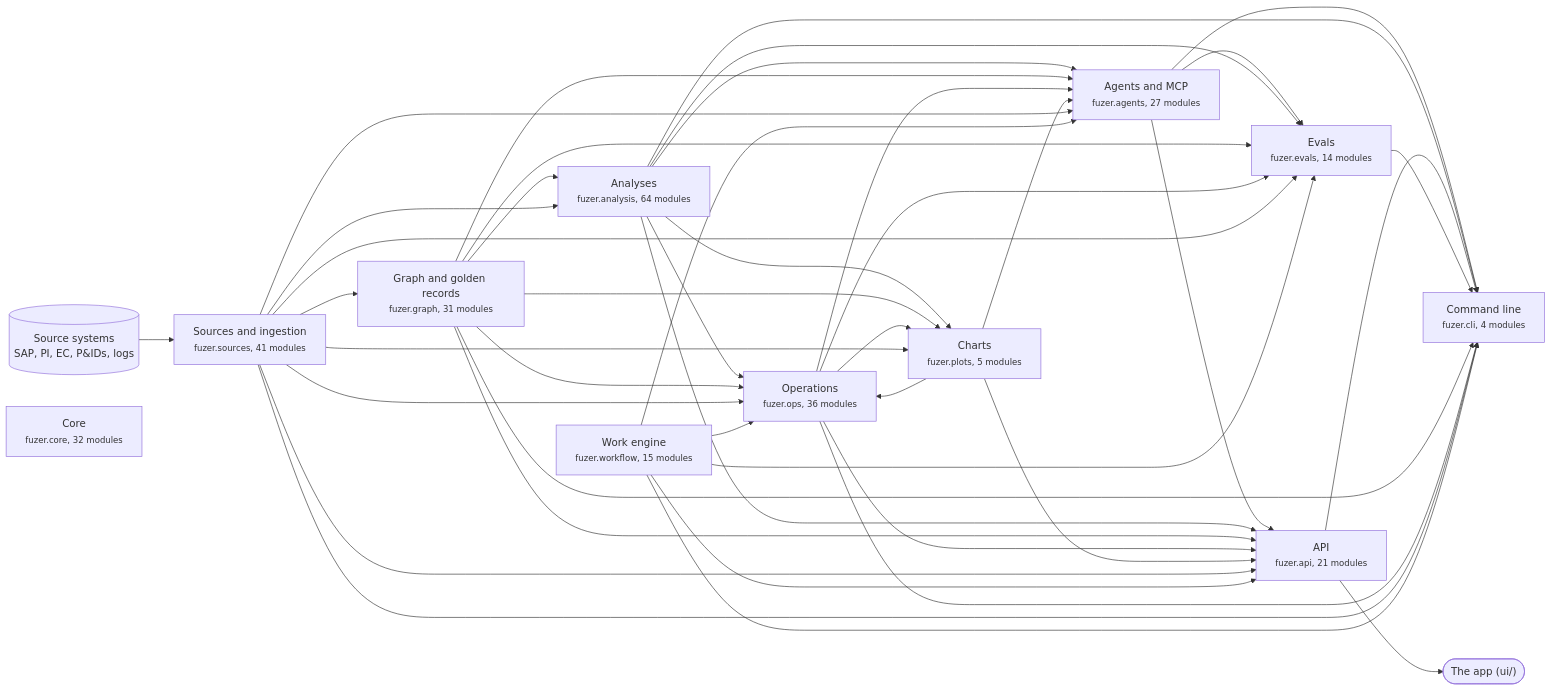
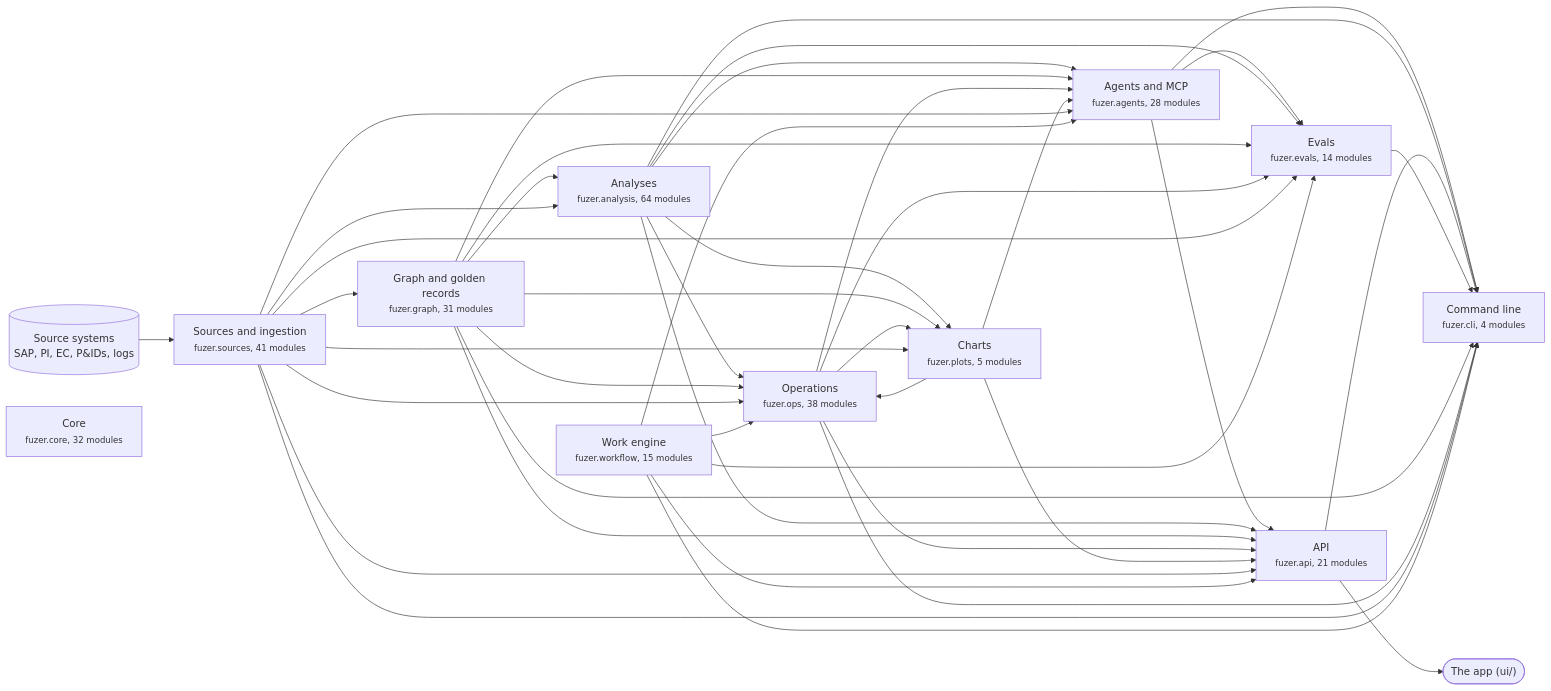
The first of 3 diagrams in docs/architecture.md (areed145/fuzer), drawn with Mermaid before and after one commit. The commit also changed other lines of this file and 28 other files, not shown here.

````diff
--- a/docs/architecture.md
+++ b/docs/architecture.md
@@ -8,67 +8,67 @@
 ```mermaid
 flowchart LR
   systems[("Source systems<br>SAP, PI, EC, P&IDs, logs")] --> c_sources
   app(["The app (ui/)"])
   c_api --> app
   c_sources["Sources and ingestion<br><small>fuzer.sources, 41 modules</small>"]
   c_graph["Graph and golden records<br><small>fuzer.graph, 31 modules</small>"]
   c_analysis["Analyses<br><small>fuzer.analysis, 64 modules</small>"]
-  c_ops["Operations<br><small>fuzer.ops, 36 modules</small>"]
+  c_ops["Operations<br><small>fuzer.ops, 38 modules</small>"]
   c_plots["Charts<br><small>fuzer.plots, 5 modules</small>"]
   c_workflow["Work engine<br><small>fuzer.workflow, 15 modules</small>"]
-  c_agents["Agents and MCP<br><small>fuzer.agents, 27 modules</small>"]
+  c_agents["Agents and MCP<br><small>fuzer.agents, 28 modules</small>"]
   c_evals["Evals<br><small>fuzer.evals, 14 modules</small>"]
   c_api["API<br><small>fuzer.api, 21 modules</small>"]
   c_cli["Command line<br><small>fuzer.cli, 4 modules</small>"]
   c_core["Core<br><small>fuzer.core, 32 modules</small>"]
   c_sources --> c_graph
   c_graph --> c_analysis
   c_sources --> c_analysis
   c_analysis --> c_ops
   c_graph --> c_ops
   c_plots --> c_ops
   c_sources --> c_ops
   c_workflow --> c_ops
   c_analysis --> c_plots
   c_graph --> c_plots
   c_ops --> c_plots
   c_sources --> c_plots
   c_analysis --> c_agents
   c_graph --> c_agents
   c_ops --> c_agents
   c_plots --> c_agents
   c_sources --> c_agents
   c_workflow --> c_agents
   c_agents --> c_evals
   c_analysis --> c_evals
   c_graph --> c_evals
   c_ops --> c_evals
   c_sources --> c_evals
   c_workflow --> c_evals
   c_agents --> c_api
   c_analysis --> c_api
   c_graph --> c_api
   c_ops --> c_api
   c_plots --> c_api
   c_sources --> c_api
   c_workflow --> c_api
   c_agents --> c_cli
   c_analysis --> c_cli
   c_api --> c_cli
   c_evals --> c_cli
   c_graph --> c_cli
   c_ops --> c_cli
   c_sources --> c_cli
   c_workflow --> c_cli
   click c_sources "https://github.com/areed145/fuzer/tree/main/src/fuzer/sources"
   click c_graph "https://github.com/areed145/fuzer/tree/main/src/fuzer/graph"
   click c_analysis "https://github.com/areed145/fuzer/tree/main/src/fuzer/analysis"
   click c_ops "https://github.com/areed145/fuzer/tree/main/src/fuzer/ops"
   click c_plots "https://github.com/areed145/fuzer/tree/main/src/fuzer/plots"
   click c_workflow "https://github.com/areed145/fuzer/tree/main/src/fuzer/workflow"
   click c_agents "https://github.com/areed145/fuzer/tree/main/src/fuzer/agents"
   click c_evals "https://github.com/areed145/fuzer/tree/main/src/fuzer/evals"
   click c_api "https://github.com/areed145/fuzer/tree/main/src/fuzer/api"
   click c_cli "https://github.com/areed145/fuzer/tree/main/src/fuzer/cli"
   click c_core "https://github.com/areed145/fuzer/tree/main/src/fuzer/core"
 ```
````
